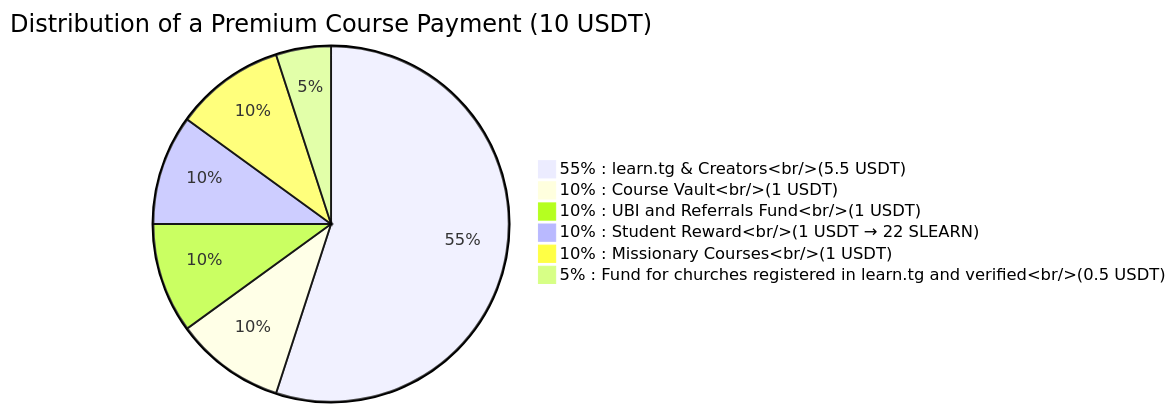
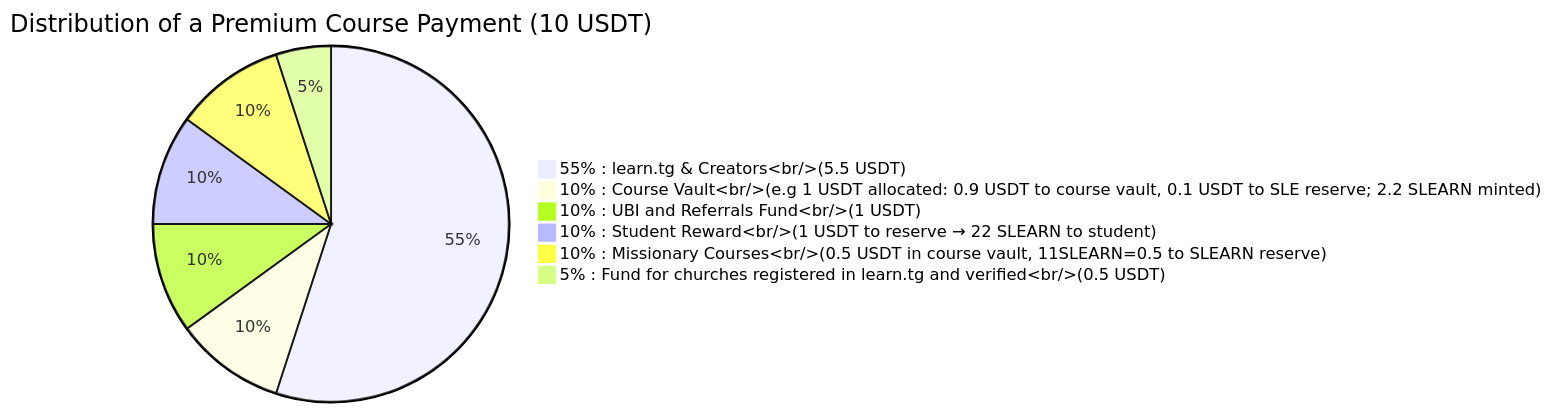
The second of 3 diagrams in SLEARN-WHITEPAPER.md (pasosdeJesus/learn.tg), drawn with Mermaid before and after one commit. The commit also changed other lines of this file, not shown here.

````diff
--- a/SLEARN-WHITEPAPER.md
+++ b/SLEARN-WHITEPAPER.md
@@ -126,10 +127,10 @@
 ```mermaid
 pie
     title Distribution of a Premium Course Payment (10 USDT)
     "55% : learn.tg & Creators<br/>(5.5 USDT)" : 55
-    "10% : Course Vault<br/>(1 USDT)" : 10
+    "10% : Course Vault<br/>(e.g 1 USDT allocated: 0.9 USDT to course vault, 0.1 USDT to SLE reserve; 2.2 SLEARN minted)" : 10
     "10% : UBI and Referrals Fund<br/>(1 USDT)" : 10
-    "10% : Student Reward<br/>(1 USDT → 22 SLEARN)" : 10
-    "10% : Missionary Courses<br/>(1 USDT)" : 10
+    "10% : Student Reward<br/>(1 USDT to reserve → 22 SLEARN to student)" : 10
+    "10% : Missionary Courses<br/>(0.5 USDT in course vault, 11SLEARN=0.5 to SLEARN reserve)" : 10
     "5% : Fund for churches registered in learn.tg and verified<br/>(0.5 USDT)" : 5
 ```
````
